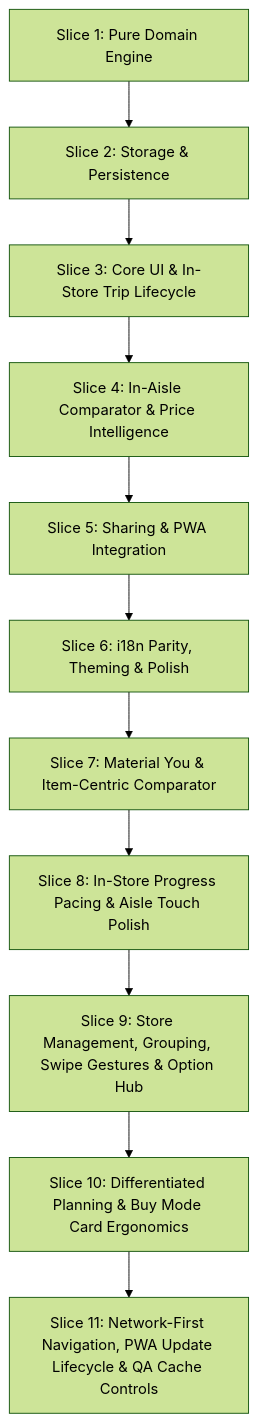
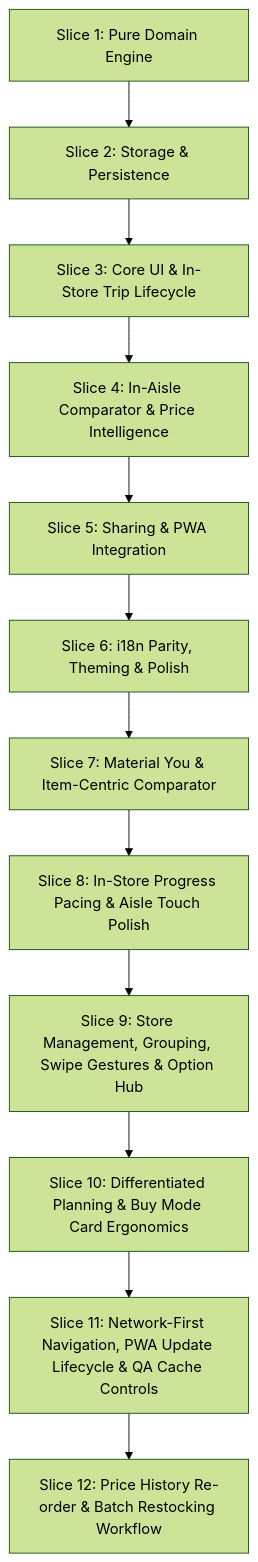
One commit to thanhtrixx/html-standalone-tools changed the diagram in smart-buy-list-price-tracker/ITEMS_TO_IMPLEMENT.md. Above: the diagram before and after it, drawn with Mermaid (forest theme). The commit also changed other lines of this file and 9 other files, not shown here.

Commit message:
feat(smart-buy-list): choose and add items from Price History into active Buy List (#181)

````diff
--- a/smart-buy-list-price-tracker/ITEMS_TO_IMPLEMENT.md
+++ b/smart-buy-list-price-tracker/ITEMS_TO_IMPLEMENT.md
@@ -83,16 +84,17 @@
 ```mermaid
 flowchart TD
     S1["Slice 1: Pure Domain Engine"]
     S2["Slice 2: Storage &amp; Persistence"]
     S3["Slice 3: Core UI &amp; In-Store Trip Lifecycle"]
     S4["Slice 4: In-Aisle Comparator &amp; Price Intelligence"]
     S5["Slice 5: Sharing &amp; PWA Integration"]
     S6["Slice 6: i18n Parity, Theming &amp; Polish"]
     S7["Slice 7: Material You &amp; Item-Centric Comparator"]
     S8["Slice 8: In-Store Progress Pacing &amp; Aisle Touch Polish"]
     S9["Slice 9: Store Management, Grouping, Swipe Gestures &amp; Option Hub"]
     S10["Slice 10: Differentiated Planning &amp; Buy Mode Card Ergonomics"]
     S11["Slice 11: Network-First Navigation, PWA Update Lifecycle &amp; QA Cache Controls"]
+    S12["Slice 12: Price History Re-order &amp; Batch Restocking Workflow"]
 
-    S1 --> S2 --> S3 --> S4 --> S5 --> S6 --> S7 --> S8 --> S9 --> S10 --> S11
+    S1 --> S2 --> S3 --> S4 --> S5 --> S6 --> S7 --> S8 --> S9 --> S10 --> S11 --> S12
 ```
````
